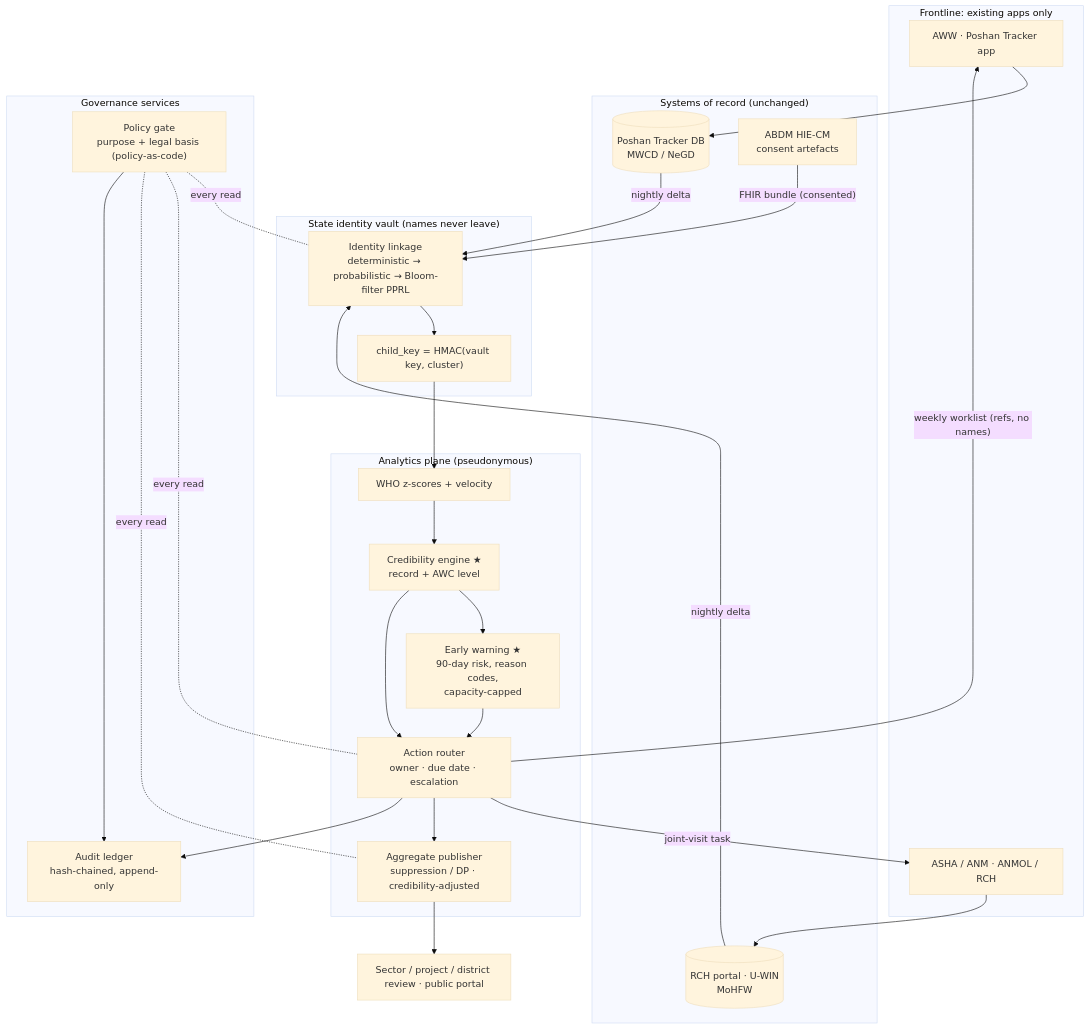
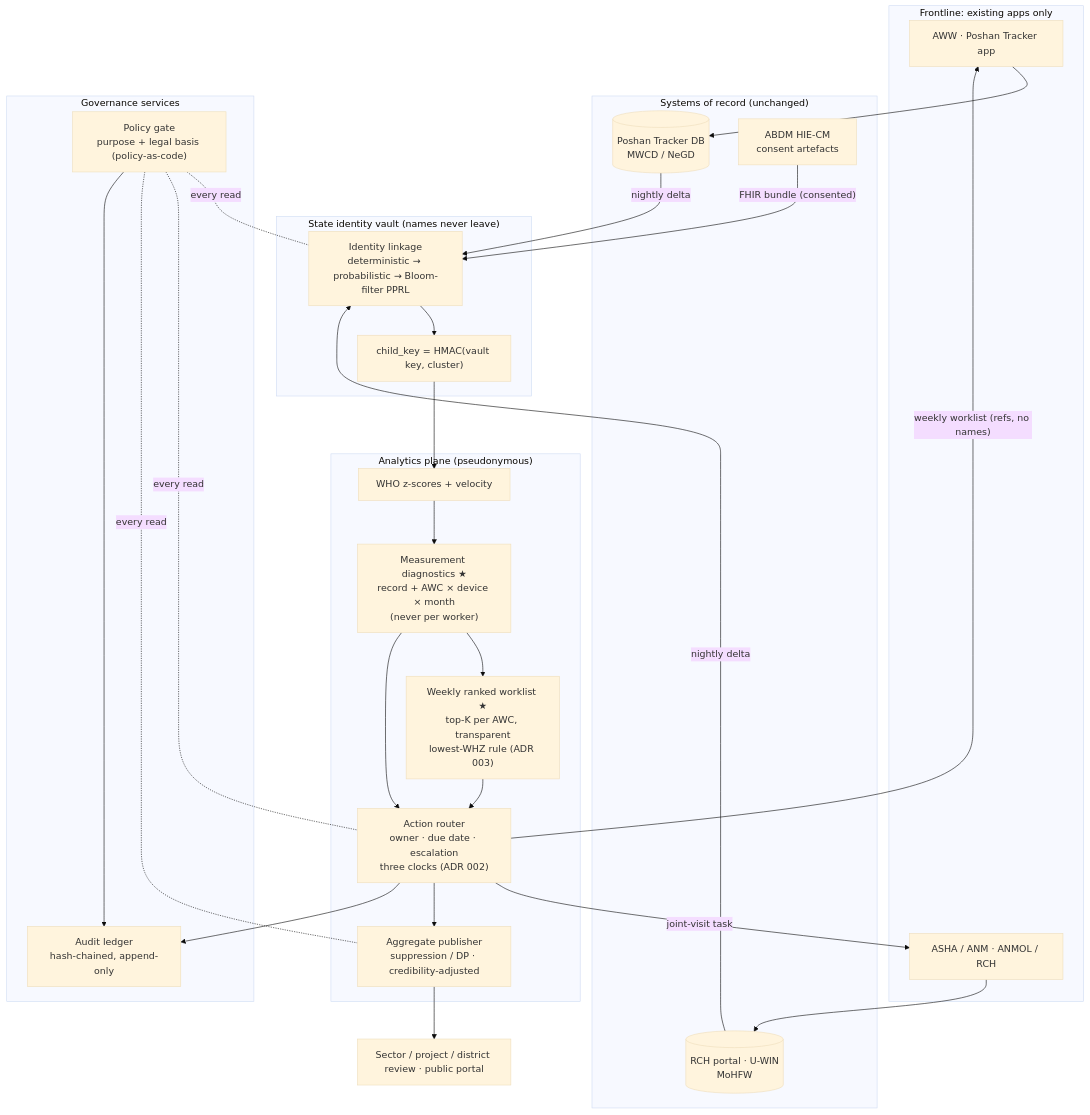
Before and after one commit to imdigitalashish/techfest-2026: the first of 2 diagrams in india71-t1-nutrition/deliverables/architecture.md, drawn with Mermaid (base theme). The commit also changed other lines of this file and 11 other files, not shown here.

Commit message:
india71-t1-nutrition: final Round-1 PDF (India71_100_[TeamID].pdf, 6 pp A4 Arial>=11pt), demo with escalation (scope bug fixed), architecture.md/components.md updated, README with reproduce steps, selection memo FINAL (4.2), thought node current

````diff
--- a/india71-t1-nutrition/deliverables/architecture.md
+++ b/india71-t1-nutrition/deliverables/architecture.md
@@ -6,42 +6,42 @@
 ```mermaid
 flowchart TB
   subgraph FRONT["Frontline: existing apps only"]
     AWW["AWW · Poshan Tracker app"]
     ASHA["ASHA / ANM · ANMOL / RCH"]
   end
   subgraph SRC["Systems of record (unchanged)"]
     PT[("Poshan Tracker DB<br/>MWCD / NeGD")]
     RCH[("RCH portal · U-WIN<br/>MoHFW")]
     HIE["ABDM HIE-CM<br/>consent artefacts"]
   end
   subgraph VAULT["State identity vault (names never leave)"]
     LNK["Identity linkage<br/>deterministic → probabilistic → Bloom-filter PPRL"]
     KEY["child_key = HMAC(vault key, cluster)"]
   end
   subgraph ANALYTICS["Analytics plane (pseudonymous)"]
     Z["WHO z-scores + velocity"]
-    CRED["Credibility engine ★<br/>record + AWC level"]
-    EW["Early warning ★<br/>90-day risk, reason codes,<br/>capacity-capped"]
-    ROUTE["Action router<br/>owner · due date · escalation"]
+    CRED["Measurement diagnostics ★<br/>record + AWC × device × month<br/>(never per worker)"]
+    EW["Weekly ranked worklist ★<br/>top-K per AWC, transparent<br/>lowest-WHZ rule (ADR 003)"]
+    ROUTE["Action router<br/>owner · due date · escalation<br/>three clocks (ADR 002)"]
     AGG["Aggregate publisher<br/>suppression / DP · credibility-adjusted"]
   end
   subgraph GOV["Governance services"]
     POL["Policy gate<br/>purpose + legal basis (policy-as-code)"]
     AUD["Audit ledger<br/>hash-chained, append-only"]
   end
   AWW --> PT
   ASHA --> RCH
   PT -- nightly delta --> LNK
   RCH -- nightly delta --> LNK
   HIE -- FHIR bundle (consented) --> LNK
   LNK --> KEY --> Z --> CRED --> EW --> ROUTE
   CRED --> ROUTE
   ROUTE -- weekly worklist (refs, no names) --> AWW
   ROUTE -- joint-visit task --> ASHA
   ROUTE --> AGG --> DASH["Sector / project / district review · public portal"]
   POL -. every read .- LNK
   POL -. every read .- ROUTE
   POL -. every read .- AGG
   POL --> AUD
   ROUTE --> AUD
 ```
````
